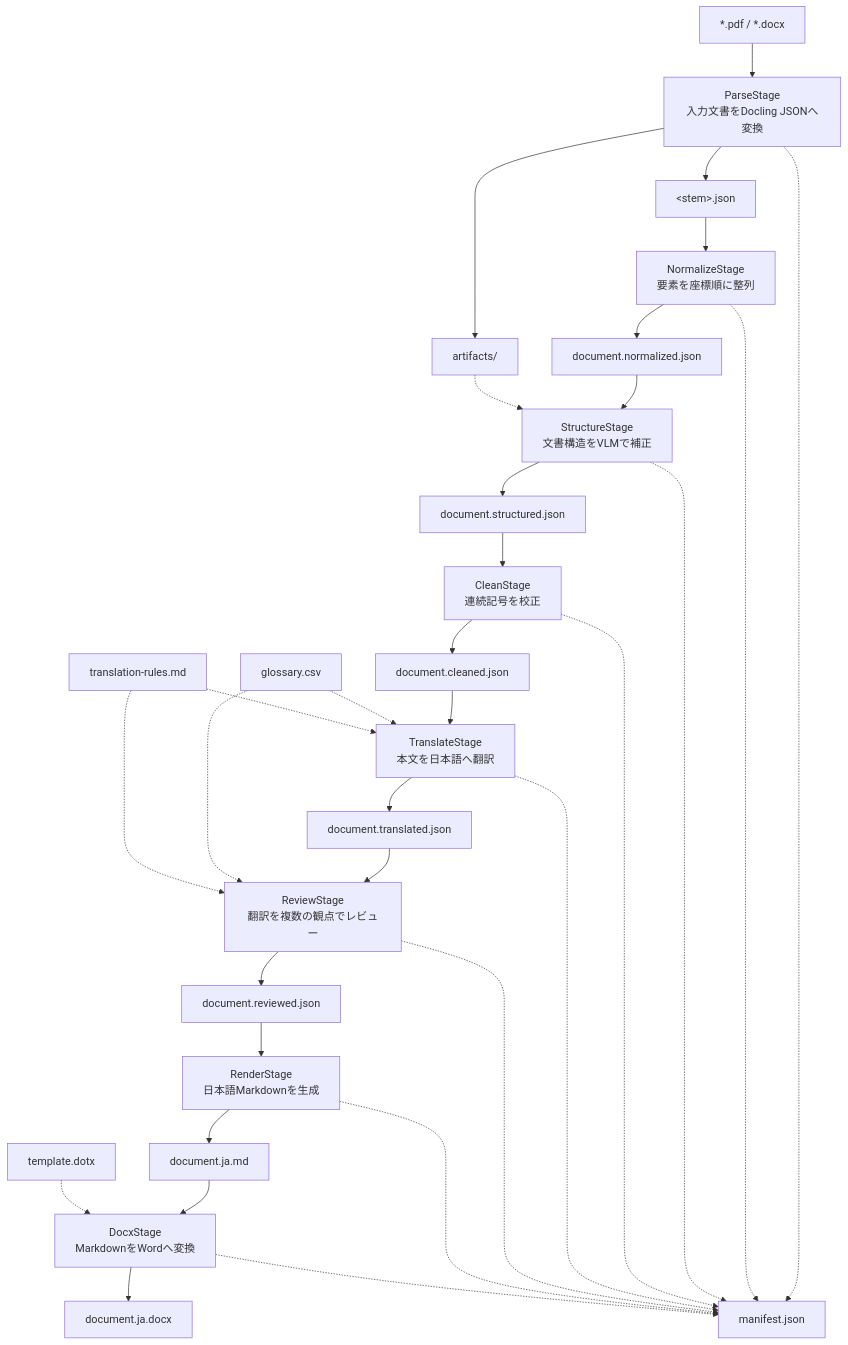
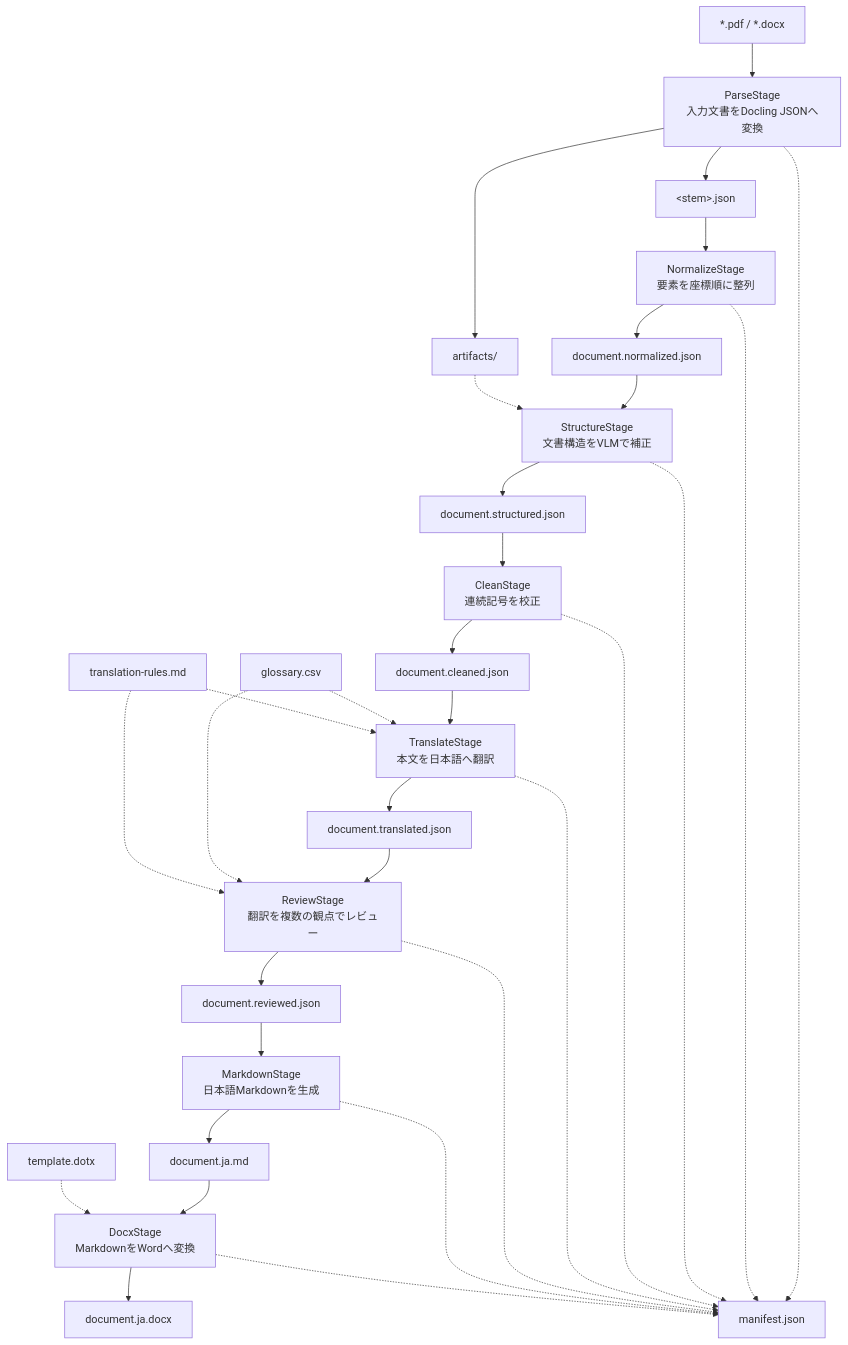
The diagram in skills/translate-ja-v2/references/spec.md (k5-mot/skills), drawn with Mermaid before and after one commit. The commit also changed 3 other files, not shown here.

````diff
--- a/skills/translate-ja-v2/references/spec.md
+++ b/skills/translate-ja-v2/references/spec.md
@@ -13,42 +13,42 @@
 ```mermaid
 flowchart TD
     SOURCE["*.pdf / *.docx"] --> PARSE["ParseStage<br/>入力文書をDocling JSONへ変換"]
     PARSE --> RAW["&lt;stem&gt;.json"]
     PARSE --> ARTIFACTS["artifacts/"]
 
     RAW --> NORMALIZE["NormalizeStage<br/>要素を座標順に整列"]
     NORMALIZE --> NORMALIZED["document.normalized.json"]
 
     NORMALIZED --> STRUCTURE["StructureStage<br/>文書構造をVLMで補正"]
     ARTIFACTS -.-> STRUCTURE
     STRUCTURE --> STRUCTURED["document.structured.json"]
 
     STRUCTURED --> CLEAN["CleanStage<br/>連続記号を校正"]
     CLEAN --> CLEANED["document.cleaned.json"]
 
     CLEANED --> TRANSLATE["TranslateStage<br/>本文を日本語へ翻訳"]
     GLOSSARY["glossary.csv"] -.-> TRANSLATE
     RULES["translation-rules.md"] -.-> TRANSLATE
     TRANSLATE --> TRANSLATED["document.translated.json"]
 
     TRANSLATED --> REVIEW["ReviewStage<br/>翻訳を複数の観点でレビュー"]
     GLOSSARY -.-> REVIEW
     RULES -.-> REVIEW
     REVIEW --> REVIEWED["document.reviewed.json"]
 
-    REVIEWED --> MARKDOWN["RenderStage<br/>日本語Markdownを生成"]
+    REVIEWED --> MARKDOWN["MarkdownStage<br/>日本語Markdownを生成"]
     MARKDOWN --> JA_MD["document.ja.md"]
 
     JA_MD --> DOCX["DocxStage<br/>MarkdownをWordへ変換"]
     TEMPLATE["template.dotx"] -.-> DOCX
     DOCX --> JA_DOCX["document.ja.docx"]
 
     PARSE -.-> MANIFEST["manifest.json"]
     NORMALIZE -.-> MANIFEST
     STRUCTURE -.-> MANIFEST
     CLEAN -.-> MANIFEST
     TRANSLATE -.-> MANIFEST
     REVIEW -.-> MANIFEST
     MARKDOWN -.-> MANIFEST
     DOCX -.-> MANIFEST
 ```
````
